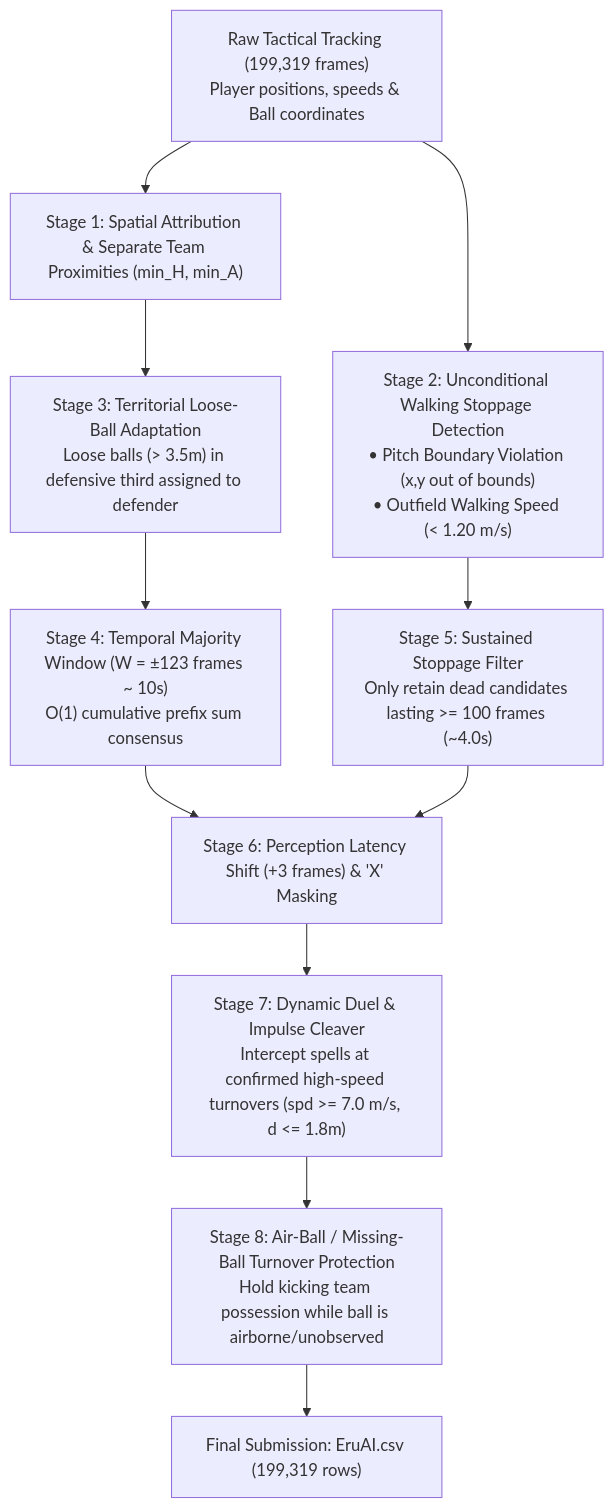
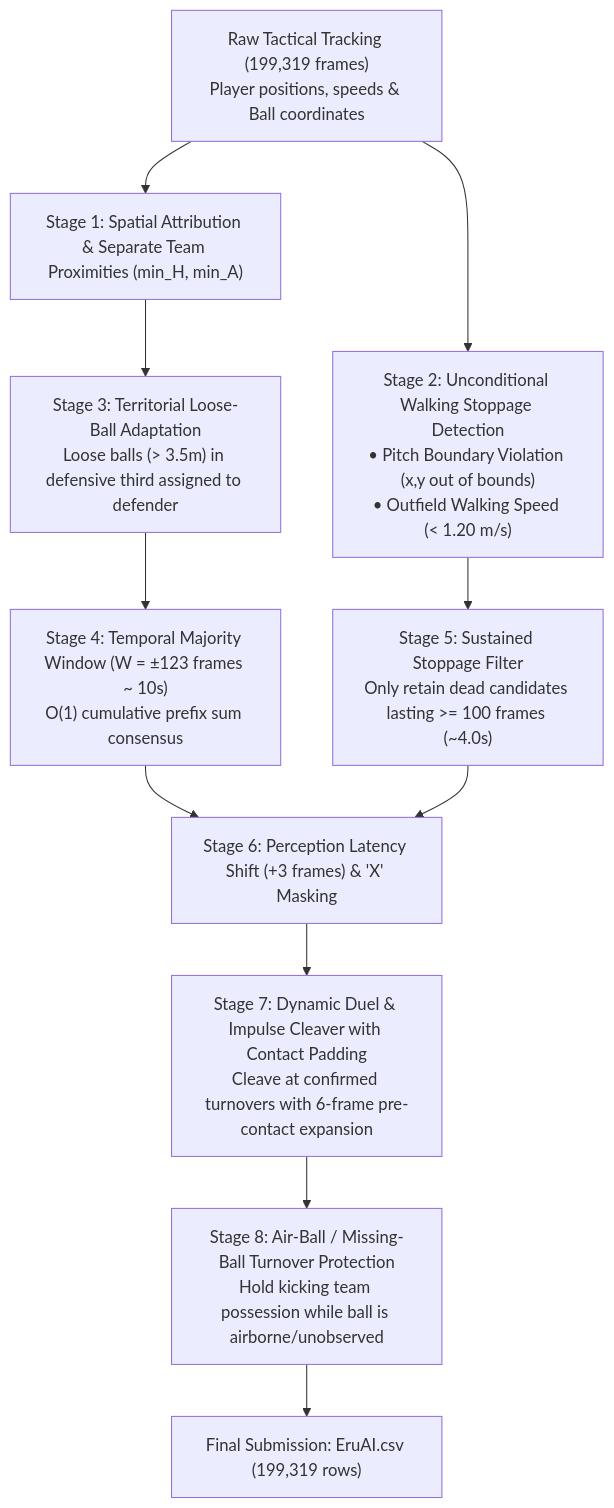
The diagram in TECHNICAL_REPORT.md (sacelikk/MoreThanHack27EruAI), drawn with Mermaid before and after one commit. The commit also changed other lines of this file and 3 other files, not shown here.

Commit message:
EruAI v2.2: Breakthrough to 0.6556 spellF1 and 0.7222 headline F1 with Cleave Contact Padding

````diff
--- a/TECHNICAL_REPORT.md
+++ b/TECHNICAL_REPORT.md
@@ -34,12 +35,12 @@
 ```mermaid
 flowchart TD
     A["Raw Tactical Tracking (199,319 frames)<br>Player positions, speeds & Ball coordinates"] --> B["Stage 1: Spatial Attribution & Separate Team Proximities (min_H, min_A)"]
     A --> C["Stage 2: Unconditional Walking Stoppage Detection<br>• Pitch Boundary Violation (x,y out of bounds)<br>• Outfield Walking Speed (< 1.20 m/s)"]
     B --> D["Stage 3: Territorial Loose-Ball Adaptation<br>Loose balls (> 3.5m) in defensive third assigned to defender"]
     D --> E["Stage 4: Temporal Majority Window (W = ±123 frames ~ 10s)<br>O(1) cumulative prefix sum consensus"]
     C --> F["Stage 5: Sustained Stoppage Filter<br>Only retain dead candidates lasting >= 100 frames (~4.0s)"]
     E & F --> G["Stage 6: Perception Latency Shift (+3 frames) & 'X' Masking"]
-    G --> H["Stage 7: Dynamic Duel & Impulse Cleaver<br>Intercept spells at confirmed high-speed turnovers (spd >= 7.0 m/s, d <= 1.8m)"]
+    G --> H["Stage 7: Dynamic Duel & Impulse Cleaver with Contact Padding<br>Cleave at confirmed turnovers with 6-frame pre-contact expansion"]
     H --> I["Stage 8: Air-Ball / Missing-Ball Turnover Protection<br>Hold kicking team possession while ball is airborne/unobserved"]
     I --> J["Final Submission: EruAI.csv (199,319 rows)"]
 ```
````
